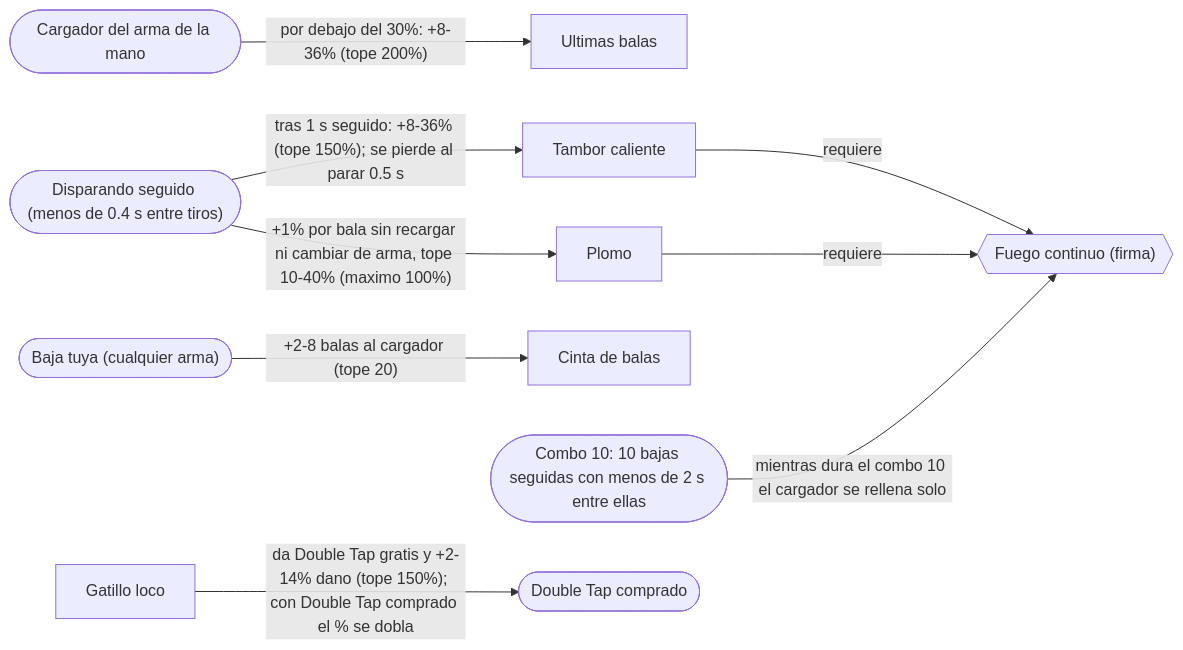
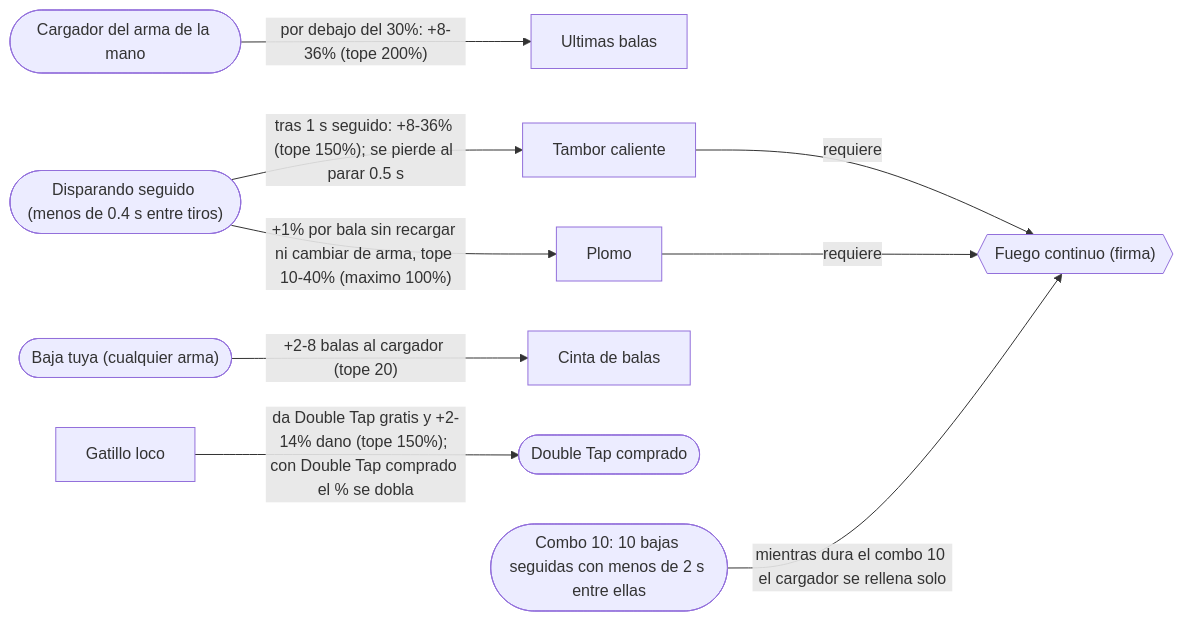
Before and after one commit to emailyasi1/bo2jodas: diagram 11 of 15 in ARQUETIPOS.md, drawn with Mermaid. The commit also changed other lines of this file and 7 other files, not shown here.

````diff
--- a/ARQUETIPOS.md
+++ b/ARQUETIPOS.md
@@ -414,22 +414,22 @@
 ```mermaid
 flowchart LR
     cadencia["Gatillo loco"]
     ultimas["Ultimas balas"]
     tambor["Tambor caliente"]
     plomo["Plomo"]
     cinta["Cinta de balas"]
     continuo{{"Fuego continuo (firma)"}}
+    DT(["Double Tap comprado"])
     BAJA(["Baja tuya (cualquier arma)"])
+    CARGADOR(["Cargador del arma de la mano"])
     COMBO10(["Combo 10: 10 bajas seguidas con menos de 2 s entre ellas"])
-    CARGADOR(["Cargador del arma de la mano"])
     RAFAGA(["Disparando seguido (menos de 0.4 s entre tiros)"])
-    DT(["Double Tap comprado"])
     cadencia -->|"da Double Tap gratis y +2-14% dano (tope 150%); con Double Tap comprado el % se dobla"| DT
     CARGADOR -->|"por debajo del 30%: +8-36% (tope 200%)"| ultimas
     RAFAGA -->|"tras 1 s seguido: +8-36% (tope 150%); se pierde al parar 0.5 s"| tambor
     RAFAGA -->|"+1% por bala sin recargar ni cambiar de arma, tope 10-40% (maximo 100%)"| plomo
     BAJA -->|"+2-8 balas al cargador (tope 20)"| cinta
     tambor -->|"requiere"| continuo
     plomo -->|"requiere"| continuo
     COMBO10 -->|"mientras dura el combo 10 el cargador se rellena solo"| continuo
 ```
````
